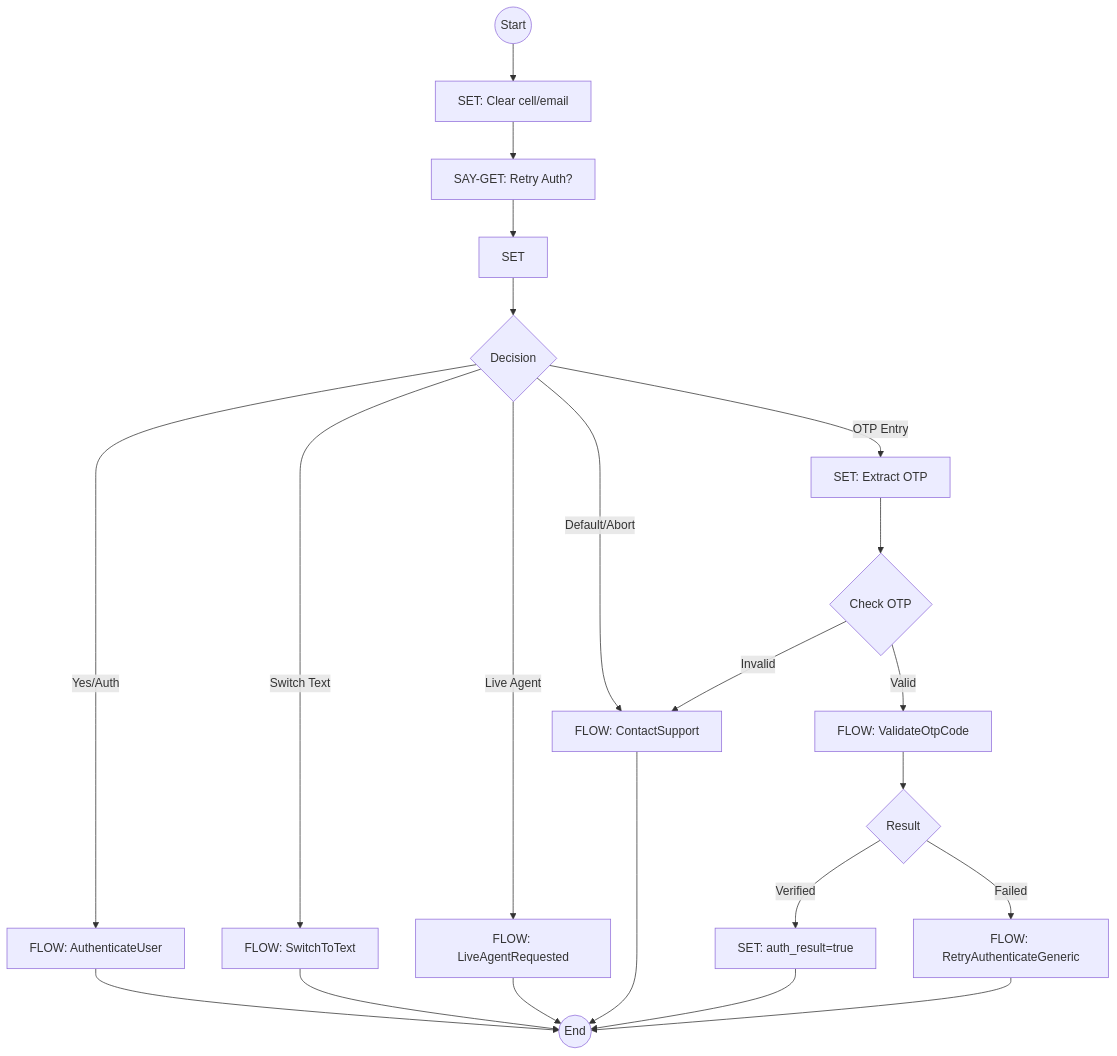
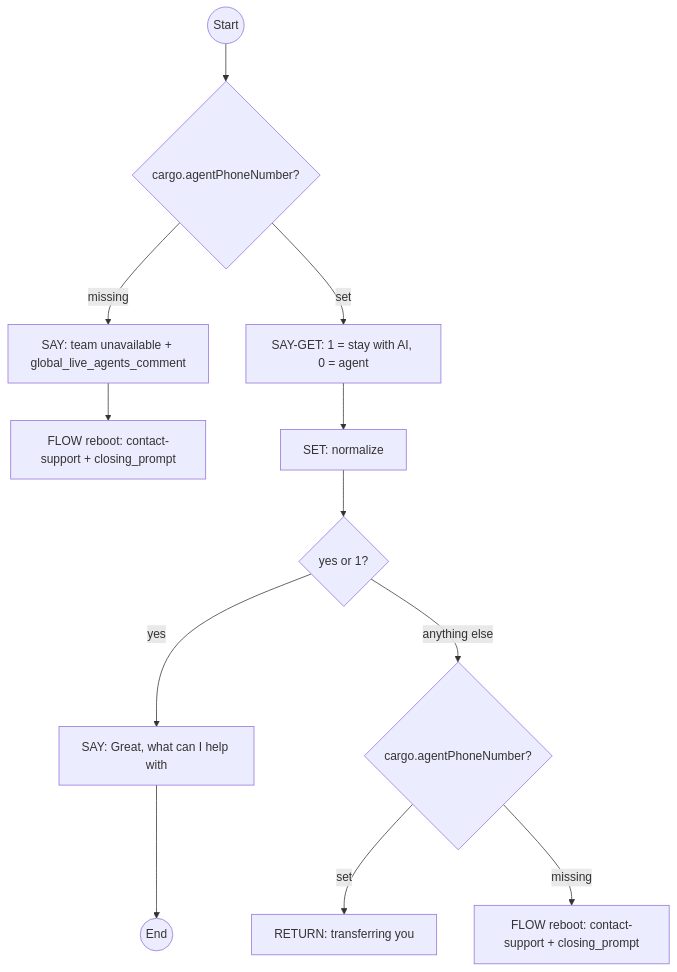
Diagram 11 of 11 in docs/system-flows.md (ronpinkas/jsfe), drawn with Mermaid before and after one commit. The commit also changed other lines of this file and 3 other files, not shown here.

````diff
--- a/docs/system-flows.md
+++ b/docs/system-flows.md
@@ -313,28 +509,14 @@
 ```mermaid
 graph TD
-    start((Start)) --> clear_variables[SET: Clear cell/email]
-    clear_variables --> retry_msg[SAY-GET: Retry Auth?]
-    retry_msg --> normalize_user_choice[SET]
-    normalize_user_choice --> handle_choice{Decision}
-    
-    handle_choice -->|OTP Entry| treat_as_otp_entry[SET: Extract OTP]
-    handle_choice -->|Yes/Auth| retry_authenticate[FLOW: AuthenticateUser]
-    handle_choice -->|Switch Text| switch_to_text[FLOW: SwitchToText]
-    handle_choice -->|Live Agent| goto_live_agent[FLOW: LiveAgentRequested]
-    handle_choice -->|Default/Abort| provide_contact_info_default[FLOW: ContactSupport]
-    
-    treat_as_otp_entry --> check_and_validate_otp{Check OTP}
-    check_and_validate_otp -->|Valid| validate_otp[FLOW: ValidateOtpCode]
-    check_and_validate_otp -->|Invalid| provide_contact_info_default
-    
-    validate_otp --> check_validation_result{Result}
-    check_validation_result -->|Verified| auth_success[SET: auth_result=true]
-    check_validation_result -->|Failed| auth_failed_again[FLOW: RetryAuthenticateGeneric]
-    
-    retry_authenticate --> stop((End))
-    switch_to_text --> stop
-    goto_live_agent --> stop
-    provide_contact_info_default --> stop
-    auth_success --> stop
-    auth_failed_again --> stop
+    start((Start)) --> check_agent_available{cargo.agentPhoneNumber?}
+    check_agent_available -->|missing| no_agent_msg[SAY: team unavailable + global_live_agents_comment]
+    no_agent_msg --> fallback_to_contact[FLOW reboot: contact-support + closing_prompt]
+    check_agent_available -->|set| ask_user_choice[SAY-GET: 1 = stay with AI, 0 = agent]
+    ask_user_choice --> normalize_choice[SET: normalize]
+    normalize_choice --> handle_choice{yes or 1?}
+    handle_choice -->|yes| continue_with_ai[SAY: Great, what can I help with]
+    handle_choice -->|anything else| transfer{cargo.agentPhoneNumber?}
+    transfer -->|set| confirm_transfer[RETURN: transferring you]
+    transfer -->|missing| no_agents_available[FLOW reboot: contact-support + closing_prompt]
+    continue_with_ai --> stop((End))
 ```
````
